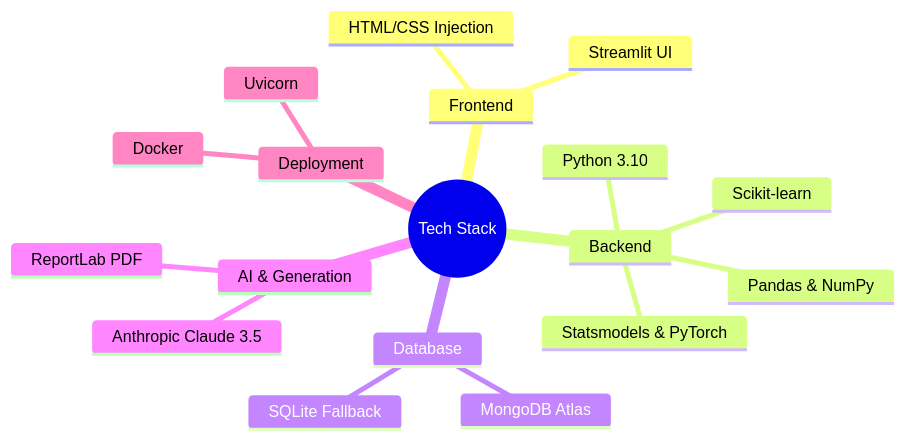
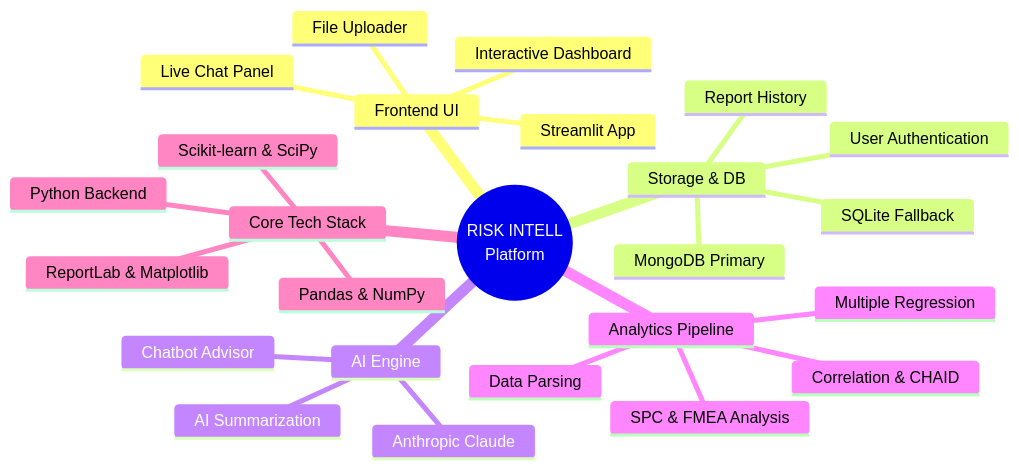
One commit to code0era/esgrc changed the first of 2 diagrams in README.md. Above: the diagram before and after it, drawn with Mermaid. The commit also changed other lines of this file and 2 other files, not shown here.

Commit message:
docs: Add architecture mindmap and update documentation

````diff
--- a/README.md
+++ b/README.md
@@ -18,21 +11,28 @@
 ```mermaid
 mindmap
-  root((Tech Stack))
-    Frontend
-      Streamlit UI
-      HTML/CSS Injection
-    Backend
-      Python 3.10
+  root((RISK INTELL<br/>Platform))
+    Frontend UI
+      Streamlit App
+      Interactive Dashboard
+      File Uploader
+      Live Chat Panel
+    Storage & DB
+      MongoDB Primary
+      SQLite Fallback
+      Report History
+      User Authentication
+    AI Engine
+      Anthropic Claude
+      AI Summarization
+      Chatbot Advisor
+    Analytics Pipeline
+      Data Parsing
+      SPC & FMEA Analysis
+      Correlation & CHAID
+      Multiple Regression
+    Core Tech Stack
+      Python Backend
       Pandas & NumPy
-      Scikit-learn
-      Statsmodels & PyTorch
-    Database
-      MongoDB Atlas
-      SQLite Fallback
-    AI & Generation
-      Anthropic Claude 3.5
-      ReportLab PDF
-    Deployment
-      Docker
-      Uvicorn
+      Scikit-learn & SciPy
+      ReportLab & Matplotlib
 ```
````
